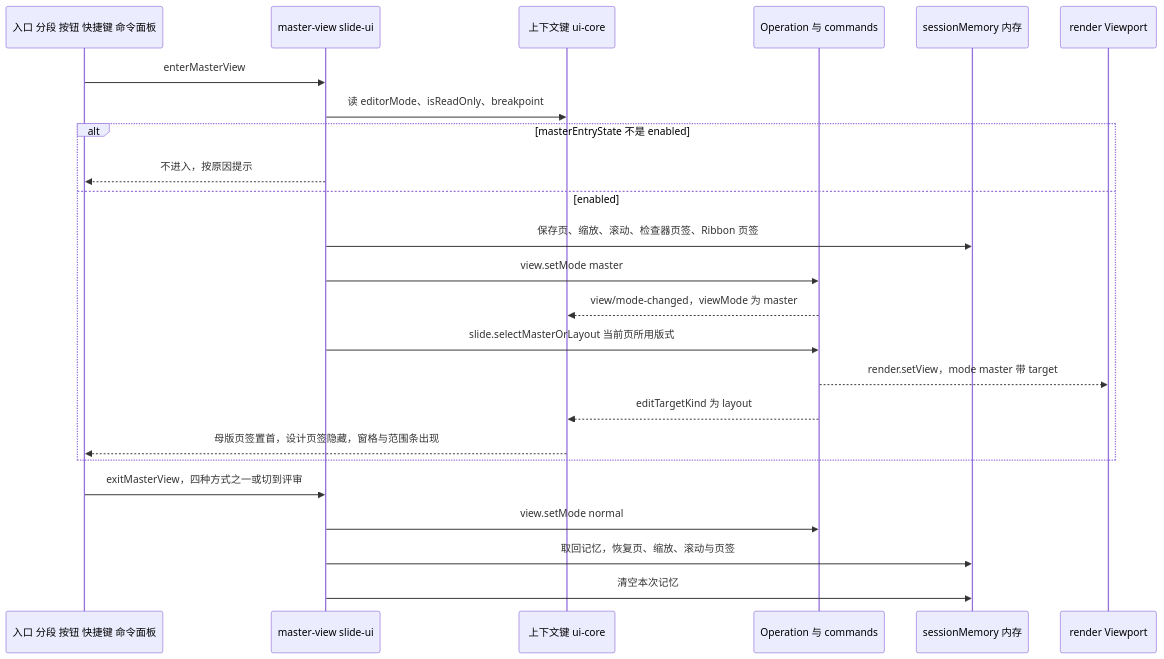
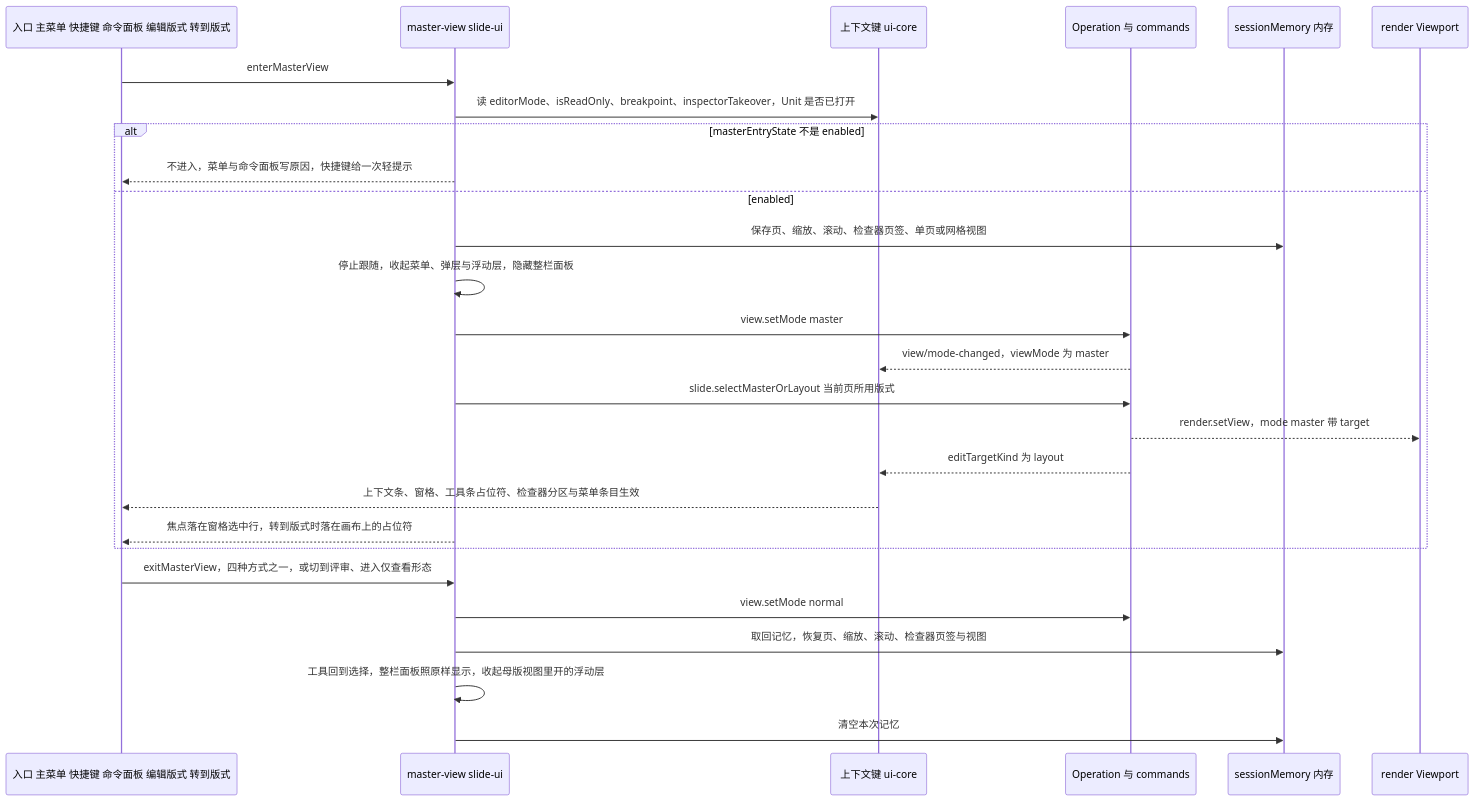
The second of 6 diagrams in docs/50-frontend/11-masters-layouts-and-themes.md (Xeonice/cordis-ppt-editor), drawn with Mermaid before and after one commit. The commit also changed other lines of this file and 25 other files, not shown here.

````diff
--- a/docs/50-frontend/11-masters-layouts-and-themes.md
+++ b/docs/50-frontend/11-masters-layouts-and-themes.md
@@ -96,26 +104,29 @@
 ```mermaid
 sequenceDiagram
-  participant U as 入口 分段 按钮 快捷键 命令面板
+  participant U as 入口 主菜单 快捷键 命令面板 编辑版式 转到版式
   participant MV as master-view slide-ui
   participant K as 上下文键 ui-core
   participant C as Operation 与 commands
   participant M as sessionMemory 内存
   participant R as render Viewport
   U->>MV: enterMasterView
-  MV->>K: 读 editorMode、isReadOnly、breakpoint
+  MV->>K: 读 editorMode、isReadOnly、breakpoint、inspectorTakeover，Unit 是否已打开
   alt masterEntryState 不是 enabled
-    MV-->>U: 不进入，按原因提示
+    MV-->>U: 不进入，菜单与命令面板写原因，快捷键给一次轻提示
   else enabled
-    MV->>M: 保存页、缩放、滚动、检查器页签、Ribbon 页签
+    MV->>M: 保存页、缩放、滚动、检查器页签、单页或网格视图
+    MV->>MV: 停止跟随，收起菜单、弹层与浮动层，隐藏整栏面板
     MV->>C: view.setMode master
     C-->>K: view/mode-changed，viewMode 为 master
     MV->>C: slide.selectMasterOrLayout 当前页所用版式
     C-->>R: render.setView，mode master 带 target
     C-->>K: editTargetKind 为 layout
-    K-->>U: 母版页签置首，设计页签隐藏，窗格与范围条出现
+    K-->>U: 上下文条、窗格、工具条占位符、检查器分区与菜单条目生效
+    MV-->>U: 焦点落在窗格选中行，转到版式时落在画布上的占位符
   end
-  U->>MV: exitMasterView，四种方式之一或切到评审
+  U->>MV: exitMasterView，四种方式之一，或切到评审、进入仅查看形态
   MV->>C: view.setMode normal
-  MV->>M: 取回记忆，恢复页、缩放、滚动与页签
+  MV->>M: 取回记忆，恢复页、缩放、滚动、检查器页签与视图
+  MV->>MV: 工具回到选择，整栏面板照原样显示，收起母版视图里开的浮动层
   MV->>M: 清空本次记忆
 ```
````
